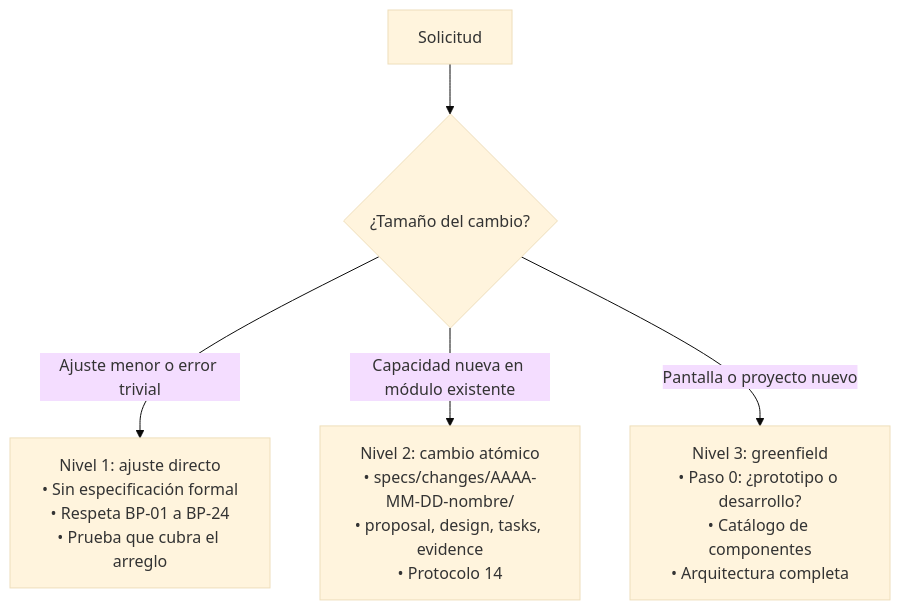
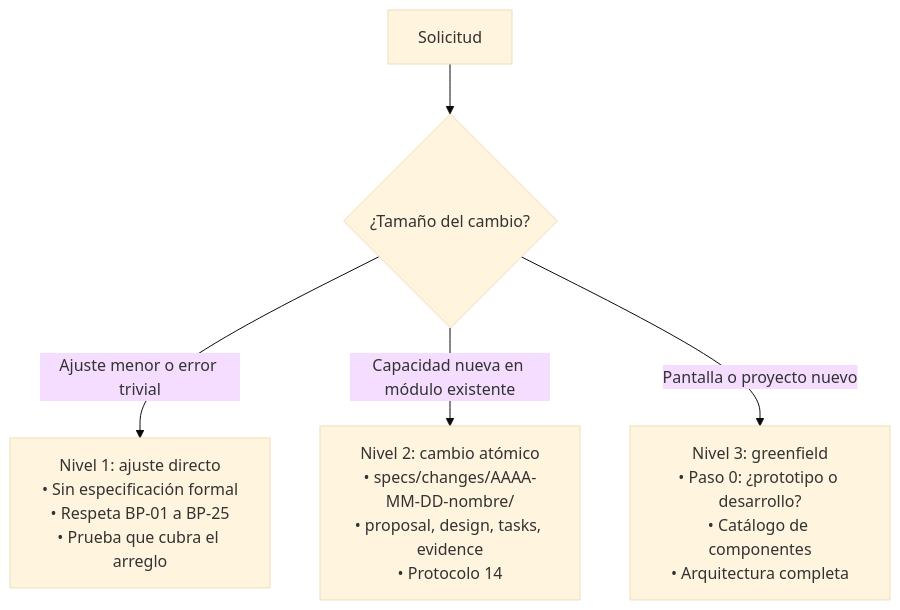
Before and after one commit to jnmontoy/sdd: the diagram in greenfield/SPEC_GUIDE.md, drawn with Mermaid (base theme). The commit also changed other lines of this file and 10 other files, not shown here.

````diff
--- a/greenfield/SPEC_GUIDE.md
+++ b/greenfield/SPEC_GUIDE.md
@@ -27,7 +27,7 @@
 ```mermaid
 flowchart TD
     Req[Solicitud] --> Clasif{¿Tamaño del cambio?}
-    Clasif -->|Ajuste menor o error trivial| N1["Nivel 1: ajuste directo<br/>• Sin especificación formal<br/>• Respeta BP-01 a BP-24<br/>• Prueba que cubra el arreglo"]
+    Clasif -->|Ajuste menor o error trivial| N1["Nivel 1: ajuste directo<br/>• Sin especificación formal<br/>• Respeta BP-01 a BP-25<br/>• Prueba que cubra el arreglo"]
     Clasif -->|Capacidad nueva en módulo existente| N2["Nivel 2: cambio atómico<br/>• specs/changes/AAAA-MM-DD-nombre/<br/>• proposal, design, tasks, evidence<br/>• Protocolo 14"]
     Clasif -->|Pantalla o proyecto nuevo| N3["Nivel 3: greenfield<br/>• Paso 0: ¿prototipo o desarrollo?<br/>• Catálogo de componentes<br/>• Arquitectura completa"]
 ```
````
